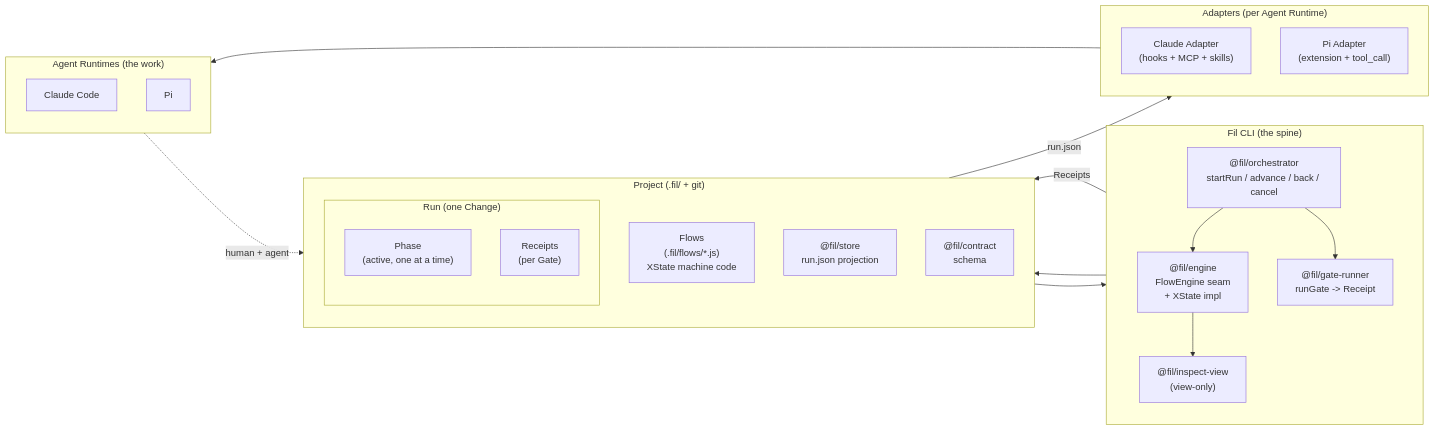
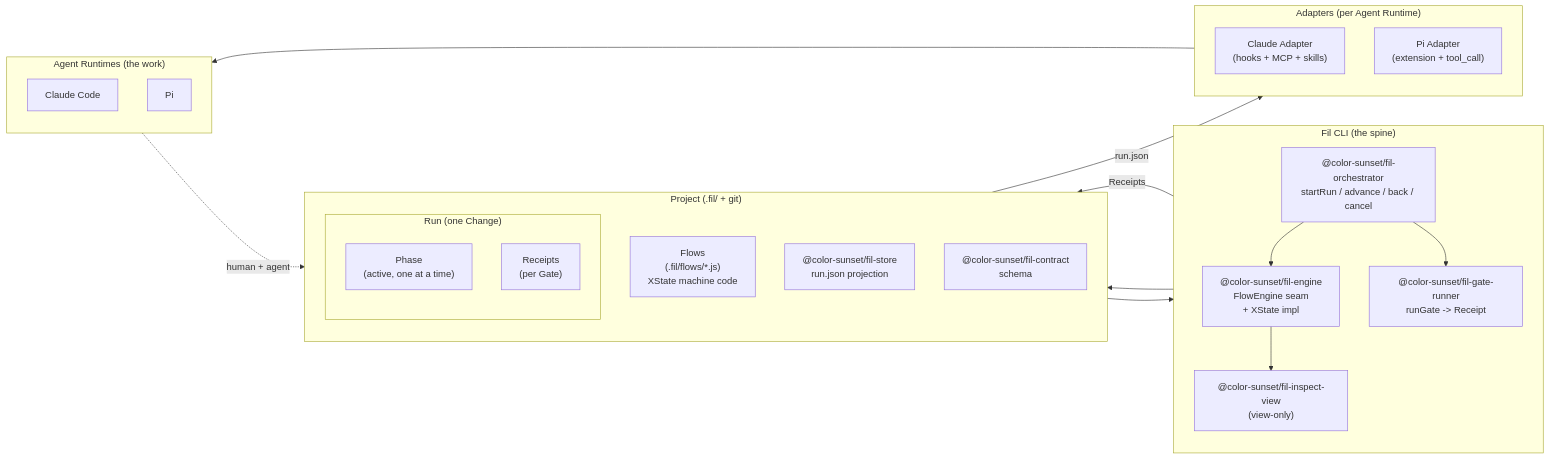
The diagram in README.md (RemyFevry/fil), drawn with Mermaid before and after one commit. The commit also changed other lines of this file and 63 other files, not shown here.

````diff
--- a/README.md
+++ b/README.md
@@ -48,44 +48,44 @@
 ```mermaid
 flowchart LR
     subgraph Project["Project  (.fil/ + git)"]
         direction TB
         Flows["Flows<br/>(.fil/flows/*.js)<br/>XState machine code"]
         subgraph Run["Run  (one Change)"]
             direction TB
             Phase["Phase<br/>(active, one at a time)"]
             Receipts["Receipts<br/>(per Gate)"]
         end
-        Store["@fil/store<br/>run.json projection"]
-        Contracts["@fil/contract<br/>schema"]
+        Store["@color-sunset/fil-store<br/>run.json projection"]
+        Contracts["@color-sunset/fil-contract<br/>schema"]
     end
 
     subgraph Fil["Fil CLI  (the spine)"]
         direction TB
-        Orchestrator["@fil/orchestrator<br/>startRun / advance / back / cancel"]
-        GateRunner["@fil/gate-runner<br/>runGate -> Receipt"]
-        Engine["@fil/engine<br/>FlowEngine seam<br/>+ XState impl"]
-        InspectView["@fil/inspect-view<br/>(view-only)"]
+        Orchestrator["@color-sunset/fil-orchestrator<br/>startRun / advance / back / cancel"]
+        GateRunner["@color-sunset/fil-gate-runner<br/>runGate -> Receipt"]
+        Engine["@color-sunset/fil-engine<br/>FlowEngine seam<br/>+ XState impl"]
+        InspectView["@color-sunset/fil-inspect-view<br/>(view-only)"]
     end
 
     subgraph Adapters["Adapters  (per Agent Runtime)"]
         direction TB
         Claude["Claude Adapter<br/>(hooks + MCP + skills)"]
         Pi["Pi Adapter<br/>(extension + tool_call)"]
     end
 
     subgraph Runtimes["Agent Runtimes  (the work)"]
         direction TB
         CC["Claude Code"]
         PiRuntime["Pi"]
     end
 
     Flows --> Orchestrator
     Orchestrator --> Engine
     Orchestrator --> GateRunner
     Orchestrator --> Phase
     GateRunner -->|Receipts| Receipts
     Engine --> InspectView
     Contracts -->|run.json| Adapters
     Adapters --> Runtimes
     Runtimes -. human + agent .-> Phase
 ```
````
